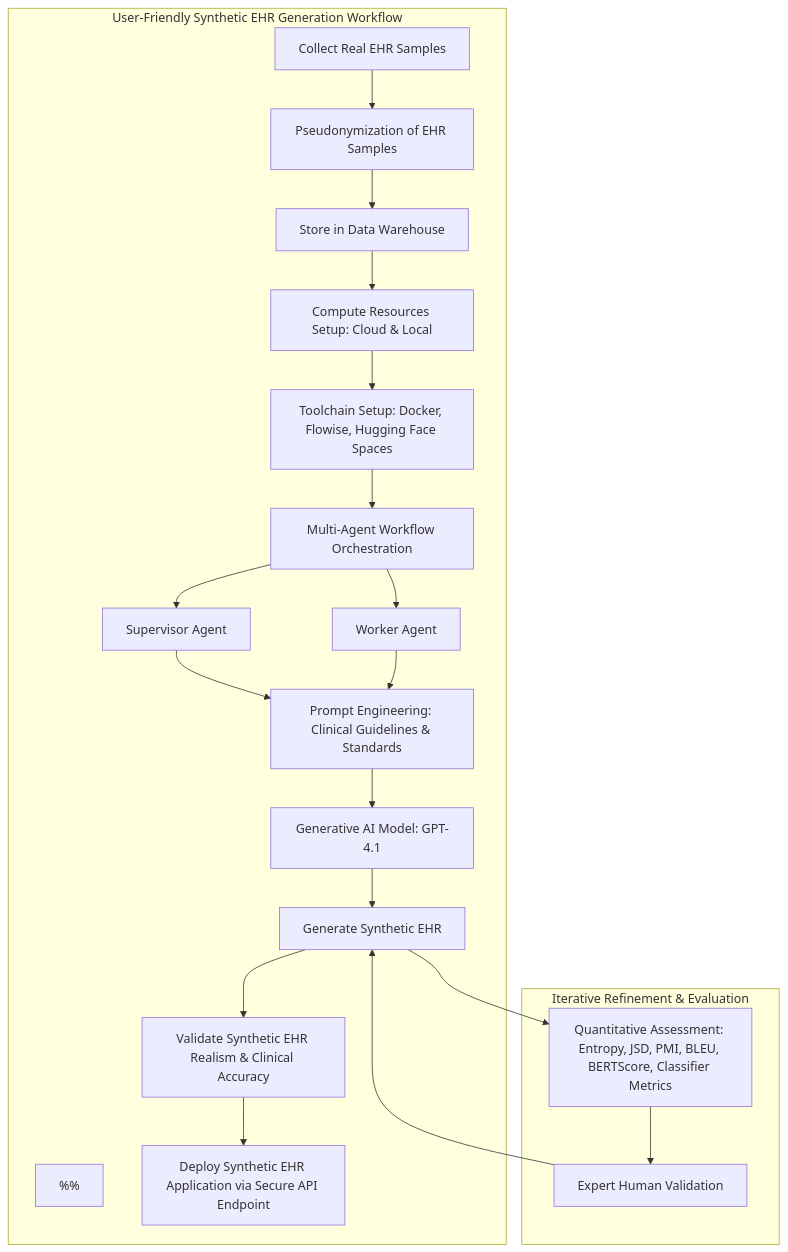
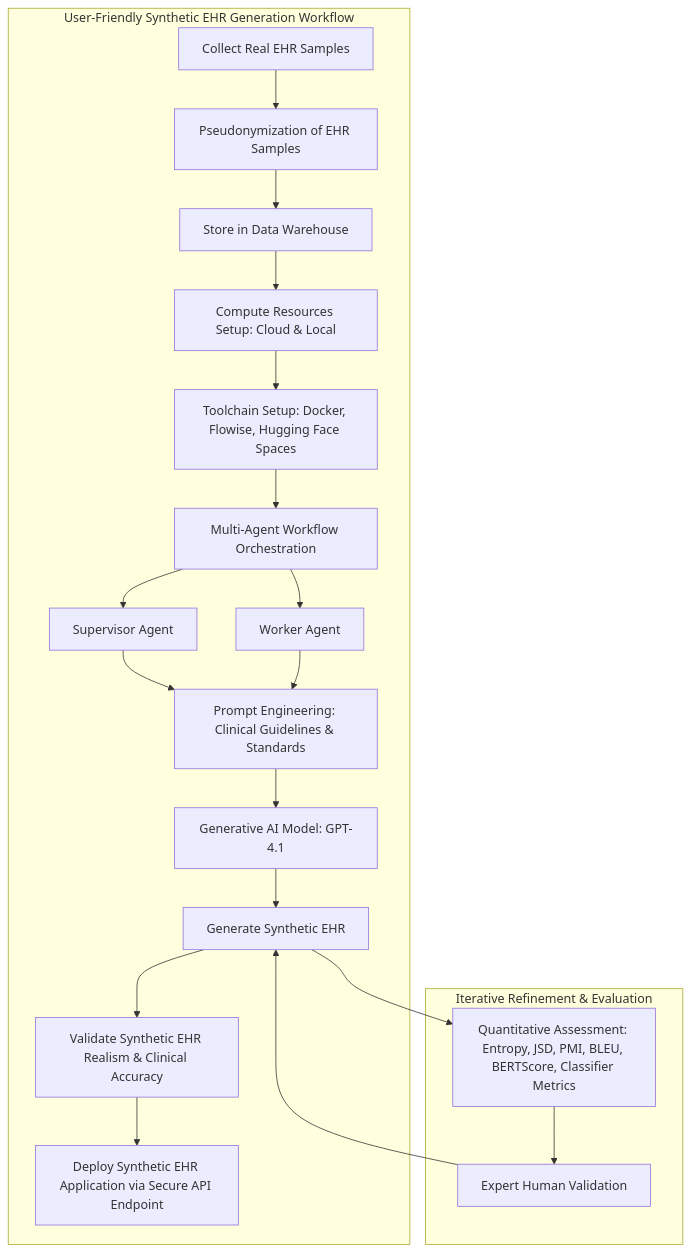
One commit to HR-DataLab-Healthcare/RESEARCH_SUPPORT changed the diagram in PROJECTS/Generative_Agent_based_Data-Synthesis/Readme.md. Above: the diagram before and after it, drawn with Mermaid.

````diff
--- a/PROJECTS/Generative_Agent_based_Data-Synthesis/Readme.md
+++ b/PROJECTS/Generative_Agent_based_Data-Synthesis/Readme.md
@@ -5,27 +5,29 @@
   ```mermaid 
 
 graph TD  
 
   subgraph User-Friendly Synthetic EHR Generation Workflow
-  %%
+  
+  %% --- Space for readability ---  
+
     A[Collect Real EHR Samples] --> B[Pseudonymization of EHR Samples]  
     B --> C[Store in Data Warehouse]  
     C --> D[Compute Resources Setup: Cloud & Local]  
     D --> E[Toolchain Setup: Docker, Flowise, Hugging Face Spaces]  
     E --> F[Multi-Agent Workflow Orchestration]  
     F --> G[Supervisor Agent]  
     F --> H[Worker Agent]  
     G --> I[Prompt Engineering: Clinical Guidelines & Standards]  
     H --> I  
     I --> J[Generative AI Model: GPT-4.1]  
     J --> K[Generate Synthetic EHR]  
     K --> L[Validate Synthetic EHR Realism & Clinical Accuracy]  
     L --> M[Deploy Synthetic EHR Application via Secure API Endpoint]  
   end  
   subgraph Iterative Refinement & Evaluation  
     K --> N[Quantitative Assessment: Entropy, JSD, PMI, BLEU, BERTScore, Classifier Metrics]  
     N --> O[Expert Human Validation]  
     O --> K  
   end
   
   ```  
````
